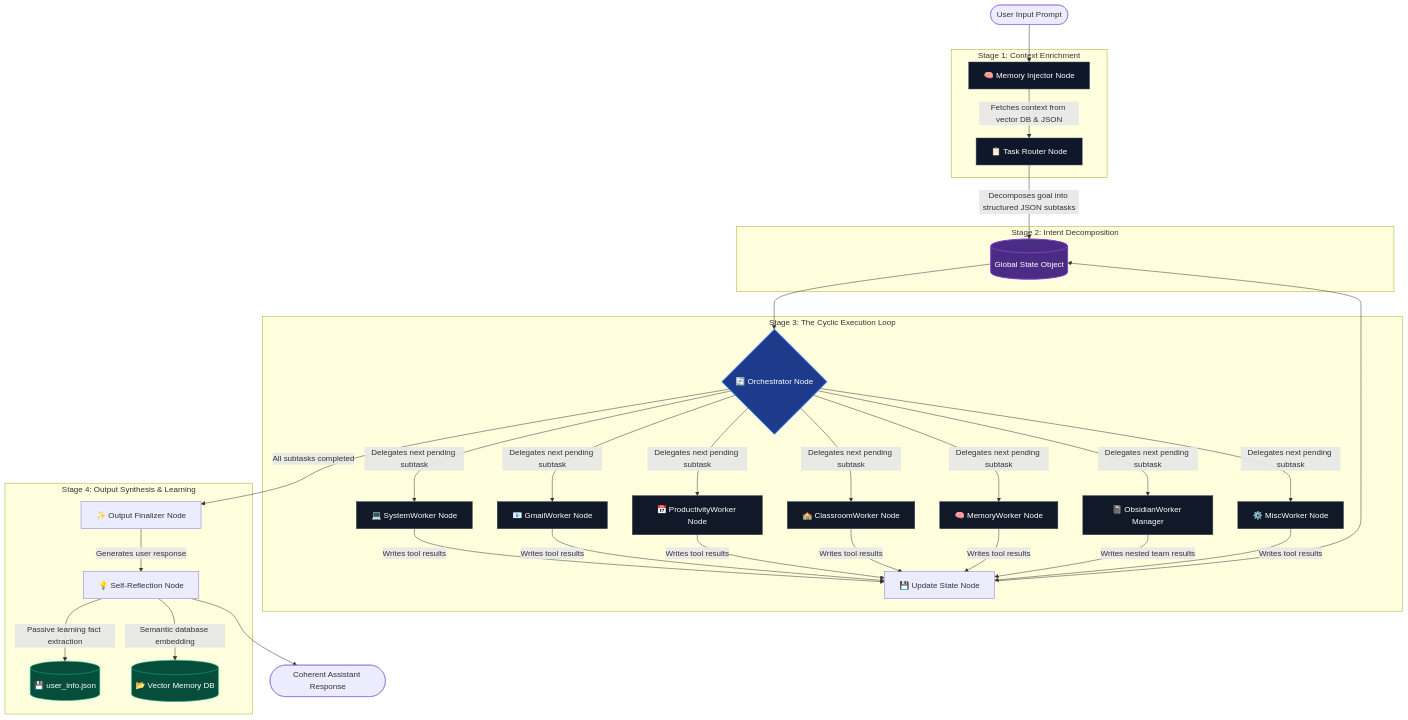
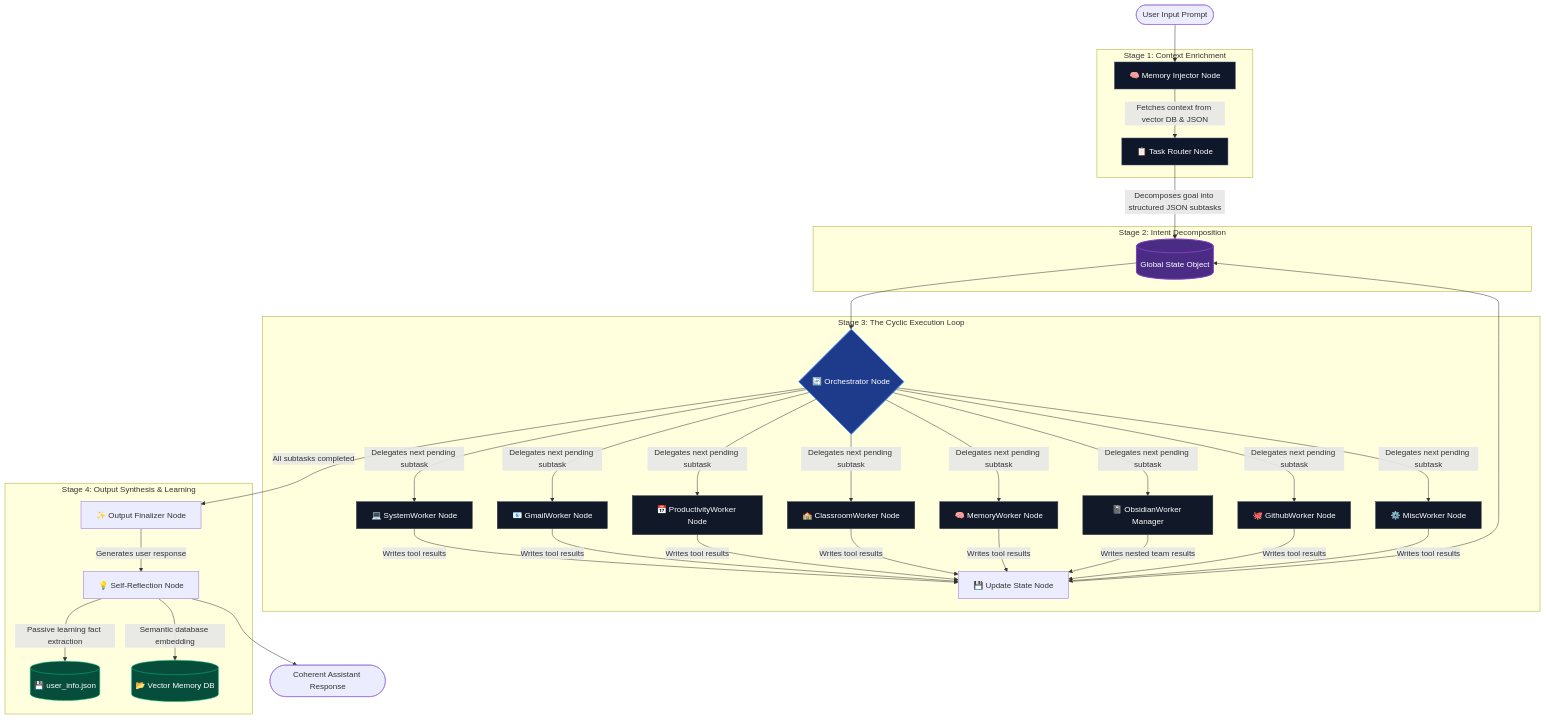
Before and after one commit to PrithvirajSinghChauhan8444/AI-Personal-Assistant-Backend: the first of 2 diagrams in README.md, drawn with Mermaid. The commit also changed other lines of this file, not shown here.

Commit message:
docs: add GithubWorker node documentation to system architecture and tools table

````diff
--- a/README.md
+++ b/README.md
@@ -15,64 +15,67 @@
 ```mermaid
 graph TD
     %% Entry Point
     Start([User Input Prompt]) --> N_Inject["🧠 Memory Injector Node"]
     
     subgraph Stage 1: Context Enrichment
         N_Inject -->|Fetches context from vector DB & JSON| N_Route["📋 Task Router Node"]
     end
     
     subgraph Stage 2: Intent Decomposition
         N_Route -->|Decomposes goal into structured JSON subtasks| State[(Global State Object)]
     end
     
     subgraph Stage 3: The Cyclic Execution Loop
         State --> N_Orch{"🔄 Orchestrator Node"}
         
         %% Worker Mappings
         N_Orch -->|Delegates next pending subtask| W_System["💻 SystemWorker Node"]
         N_Orch -->|Delegates next pending subtask| W_Gmail["📧 GmailWorker Node"]
         N_Orch -->|Delegates next pending subtask| W_Prod["📅 ProductivityWorker Node"]
         N_Orch -->|Delegates next pending subtask| W_Class["🏫 ClassroomWorker Node"]
         N_Orch -->|Delegates next pending subtask| W_Mem["🧠 MemoryWorker Node"]
         N_Orch -->|Delegates next pending subtask| W_Obs["📓 ObsidianWorker Manager"]
+        N_Orch -->|Delegates next pending subtask| W_Git["🐙 GithubWorker Node"]
         N_Orch -->|Delegates next pending subtask| W_Misc["⚙️ MiscWorker Node"]
         
         %% Worker updates
         W_System -->|Writes tool results| N_Update["💾 Update State Node"]
         W_Gmail -->|Writes tool results| N_Update
         W_Prod -->|Writes tool results| N_Update
         W_Class -->|Writes tool results| N_Update
         W_Mem -->|Writes tool results| N_Update
         W_Obs -->|Writes nested team results| N_Update
+        W_Git -->|Writes tool results| N_Update
         W_Misc -->|Writes tool results| N_Update
         
         N_Update --> State
     end
     
     subgraph Stage 4: Output Synthesis & Learning
         N_Orch -->|All subtasks completed| N_Final["✨ Output Finalizer Node"]
         N_Final -->|Generates user response| N_Reflect["💡 Self-Reflection Node"]
         
         %% Passive Learning Links
         N_Reflect -->|Passive learning fact extraction| DB_JSON[("💾 user_info.json")]
         N_Reflect -->|Semantic database embedding| DB_Vector[("📂 Vector Memory DB")]
     end
 
     %% Final Output
     N_Reflect --> End([Coherent Assistant Response])
 
     %% Diagram Styling
     style State fill:#4b2c85,stroke:#7f3fbf,stroke-width:2px,color:#fff
     style N_Orch fill:#1e3a8a,stroke:#3b82f6,stroke-width:2px,color:#fff
     style N_Inject fill:#0f172a,stroke:#475569,stroke-width:1px,color:#fff
     style N_Route fill:#0f172a,stroke:#475569,stroke-width:1px,color:#fff
     style W_System fill:#111827,stroke:#374151,stroke-width:1px,color:#fff
     style W_Gmail fill:#111827,stroke:#374151,stroke-width:1px,color:#fff
     style W_Prod fill:#111827,stroke:#374151,stroke-width:1px,color:#fff
     style W_Class fill:#111827,stroke:#374151,stroke-width:1px,color:#fff
     style W_Mem fill:#111827,stroke:#374151,stroke-width:1px,color:#fff
     style W_Obs fill:#111827,stroke:#374151,stroke-width:1px,color:#fff
+    style W_Git fill:#111827,stroke:#374151,stroke-width:1px,color:#fff
     style W_Misc fill:#111827,stroke:#374151,stroke-width:1px,color:#fff
     style DB_JSON fill:#064e3b,stroke:#10b981,stroke-width:1px,color:#fff
     style DB_Vector fill:#064e3b,stroke:#10b981,stroke-width:1px,color:#fff
 ```
````
